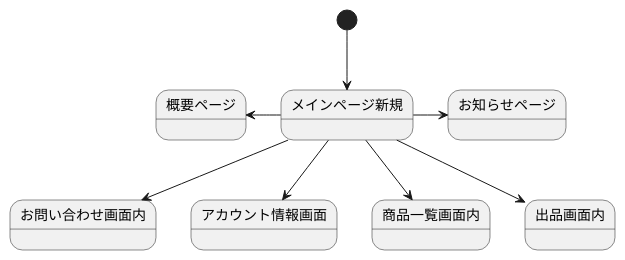
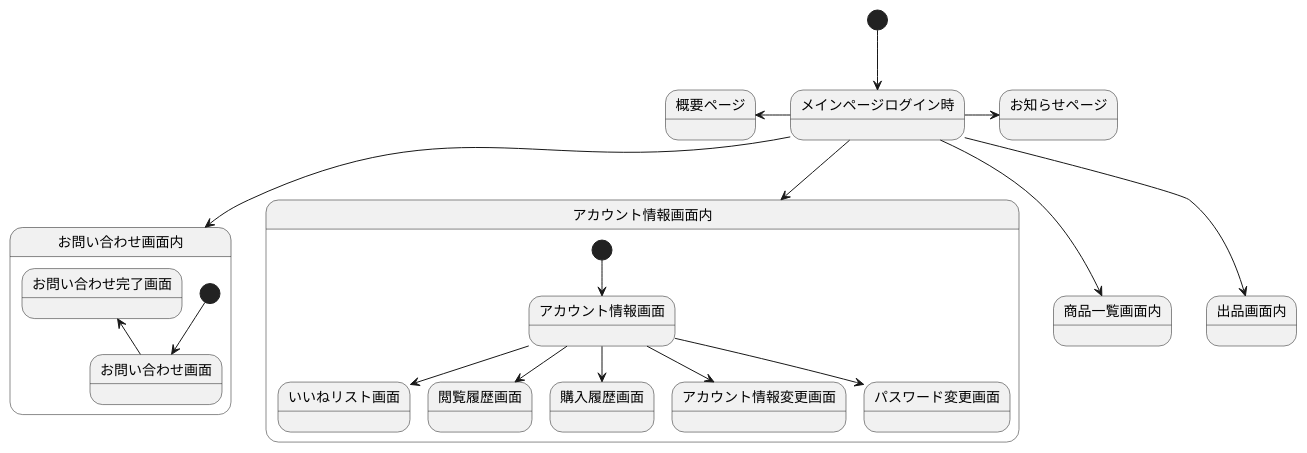
The diagram in 画面遷移図ログイン.md (Aso2001147/2021SystemDesign), drawn with PlantUML before and after one commit.

````diff
--- a/画面遷移図ログイン.md
+++ b/画面遷移図ログイン.md
@@ -1,11 +1,26 @@
 ```uml
 @startuml
-[*] --> メインページ新規
-メインページ新規 -left-> 概要ページ
-メインページ新規 -right-> お知らせページ
-メインページ新規 --> お問い合わせ画面内
-メインページ新規 --> アカウント情報画面
-メインページ新規 --> 商品一覧画面内
-メインページ新規 --> 出品画面内
+[*] --> メインページログイン時
+メインページログイン時 -left-> 概要ページ
+メインページログイン時 -right-> お知らせページ
+メインページログイン時 --> お問い合わせ画面内
+メインページログイン時 --> アカウント情報画面内
+メインページログイン時 --> 商品一覧画面内
+メインページログイン時 --> 出品画面内
+
+state お問い合わせ画面内{
+[*] -down-> お問い合わせ画面
+お問い合わせ画面 -up-> お問い合わせ完了画面
+}
+
+state アカウント情報画面内{
+[*] --> アカウント情報画面
+アカウント情報画面 -down-> いいねリスト画面
+アカウント情報画面 -down-> 閲覧履歴画面
+アカウント情報画面 -down-> 購入履歴画面
+アカウント情報画面 -down-> アカウント情報変更画面
+アカウント情報画面 -down-> パスワード変更画面
+}
+
 @enduml
 ```
````
